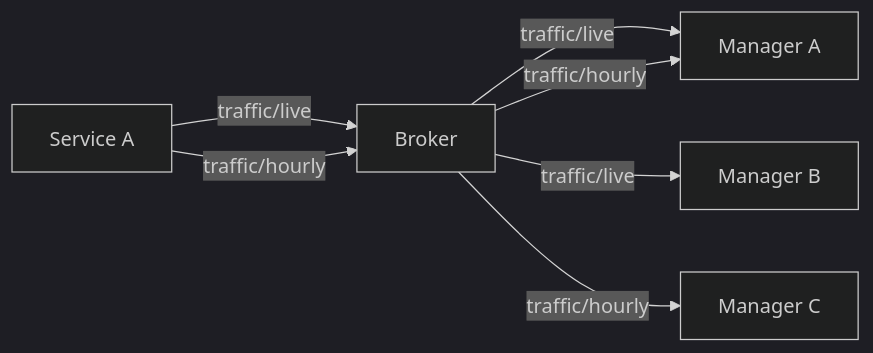
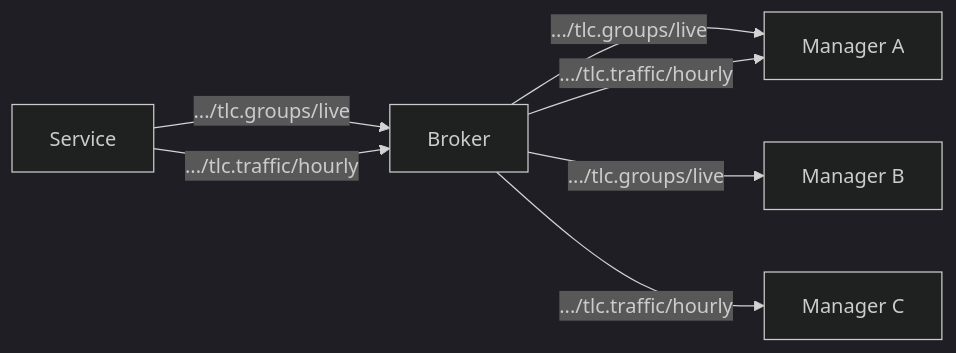
Before and after one commit to rsmp-nordic/rsmp_core_v4: the first of 3 diagrams in docs/pages/streams.md, drawn with Mermaid (dark theme). The commit also changed other lines of this file and 5 other files, not shown here.

````diff
--- a/docs/pages/streams.md
+++ b/docs/pages/streams.md
@@ -23,9 +37,9 @@
 ```mermaid
 graph LR
-A[Service A]-->|traffic/live| Broker
-A[Service A] -->|traffic/hourly| Broker
-Broker-->|traffic/live| B[Manager A]
-Broker-->|traffic/hourly| B[Manager A]
-Broker -->|traffic/live| C[Manager B]
-Broker -->|traffic/hourly| D[Manager C]
+A[Service]-->|.../tlc.groups/live| Broker
+A[Service] -->|.../tlc.traffic/hourly| Broker
+Broker-->|.../tlc.groups/live| B[Manager A]
+Broker-->|.../tlc.traffic/hourly| B[Manager A]
+Broker -->|.../tlc.groups/live| C[Manager B]
+Broker -->|.../tlc.traffic/hourly| D[Manager C]
 ```
````
